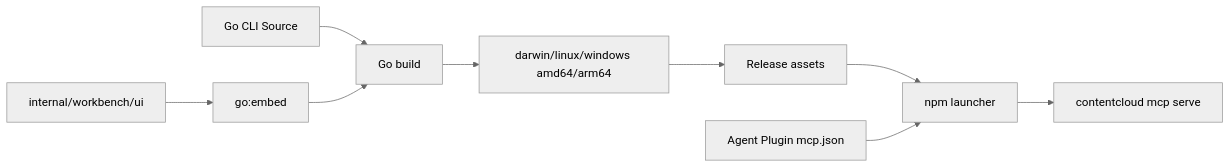
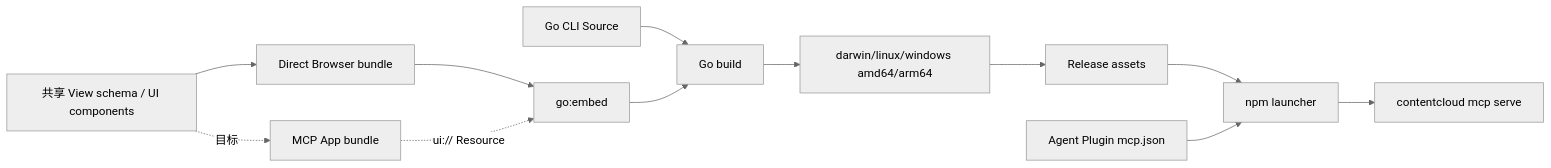
Diagram 18 of 18 in docs/product/customer-creation-studio/05-local-workbench-browser.md (limecloud/contentcloud), drawn with Mermaid (neutral theme) before and after one commit. The commit also changed other lines of this file and 126 other files, not shown here.

````diff
--- a/docs/product/customer-creation-studio/05-local-workbench-browser.md
+++ b/docs/product/customer-creation-studio/05-local-workbench-browser.md
@@ -660,11 +808,14 @@
 ```mermaid
 flowchart LR
-    UI[internal/workbench/ui] --> Embed[go:embed]
+    Shared[共享 View schema / UI components] --> Direct[Direct Browser bundle]
+    Shared -. 目标 .-> App[MCP App bundle]
+    Direct --> Embed[go:embed]
+    App -. ui:// Resource .-> Embed
     Go[Go CLI Source] --> Build[Go build]
     Embed --> Build
     Build --> Binaries[darwin/linux/windows amd64/arm64]
     Binaries --> Release[Release assets]
     Release --> Launcher[npm launcher]
     Plugin[Agent Plugin mcp.json] --> Launcher
     Launcher --> MCP[contentcloud mcp serve]
 ```
````
